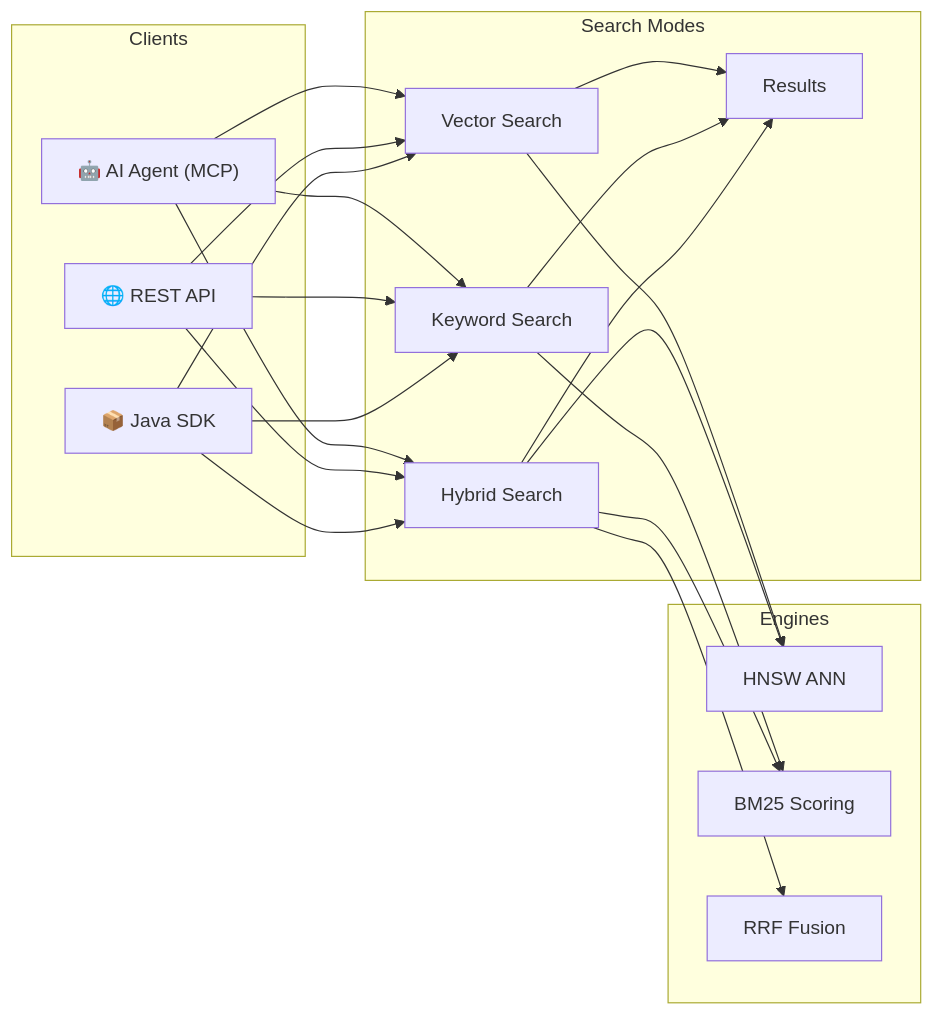
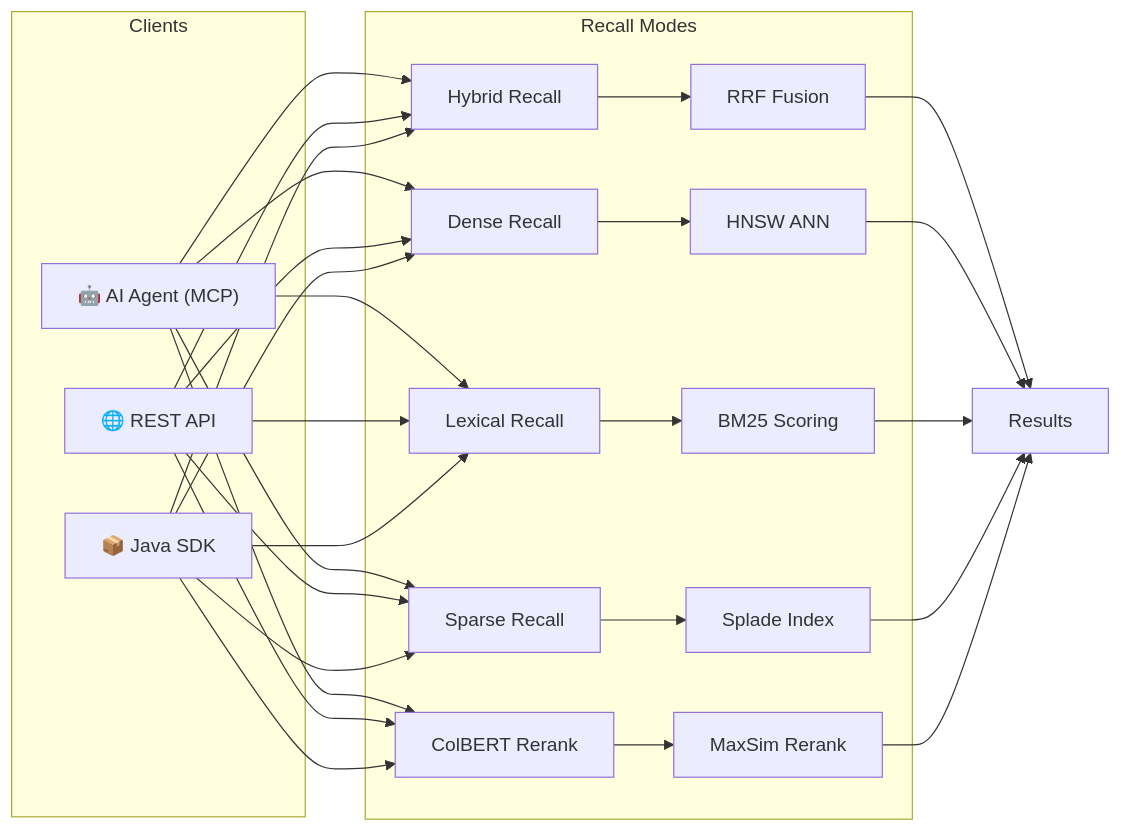
One commit to spectrayan/spector changed the diagram in docs/docs/about.md. Above: the diagram before and after it, drawn with Mermaid. The commit also changed other lines of this file and 34 other files, not shown here.

First line of the commit message:
docs(docs): align project documentation with memory recall architecture (#321)

````diff
--- a/docs/docs/about.md
+++ b/docs/docs/about.md
@@ -20,26 +20,20 @@
 ```mermaid
 graph LR
     subgraph Clients
         MCP["🤖 AI Agent (MCP)"]
         REST["🌐 REST API"]
         SDK["📦 Java SDK"]
     end
     
-    subgraph Search Modes
-        A[Vector Search] --> D[Results]
-        B[Keyword Search] --> D
-        C[Hybrid Search] --> D
+    subgraph Recall Modes
+        HYBRID[Hybrid Recall] --> D[RRF Fusion]
+        VECTOR[Dense Recall] --> E[HNSW ANN]
+        KEYWORD[Lexical Recall] --> F[BM25 Scoring]
+        SPLADE[Sparse Recall] --> G[Splade Index]
+        COLBERT[ColBERT Rerank] --> H[MaxSim Rerank]
     end
     
-    subgraph Engines
-        A --> E[HNSW ANN]
-        B --> F[BM25 Scoring]
-        C --> E
-        C --> F
-        C --> G[RRF Fusion]
-    end
+    D & E & F & G & H --> Results[Results]
     
-    MCP --> A & B & C
-    REST --> A & B & C
-    SDK --> A & B & C
+    MCP & REST & SDK --> HYBRID & VECTOR & KEYWORD & SPLADE & COLBERT
 ```
````
